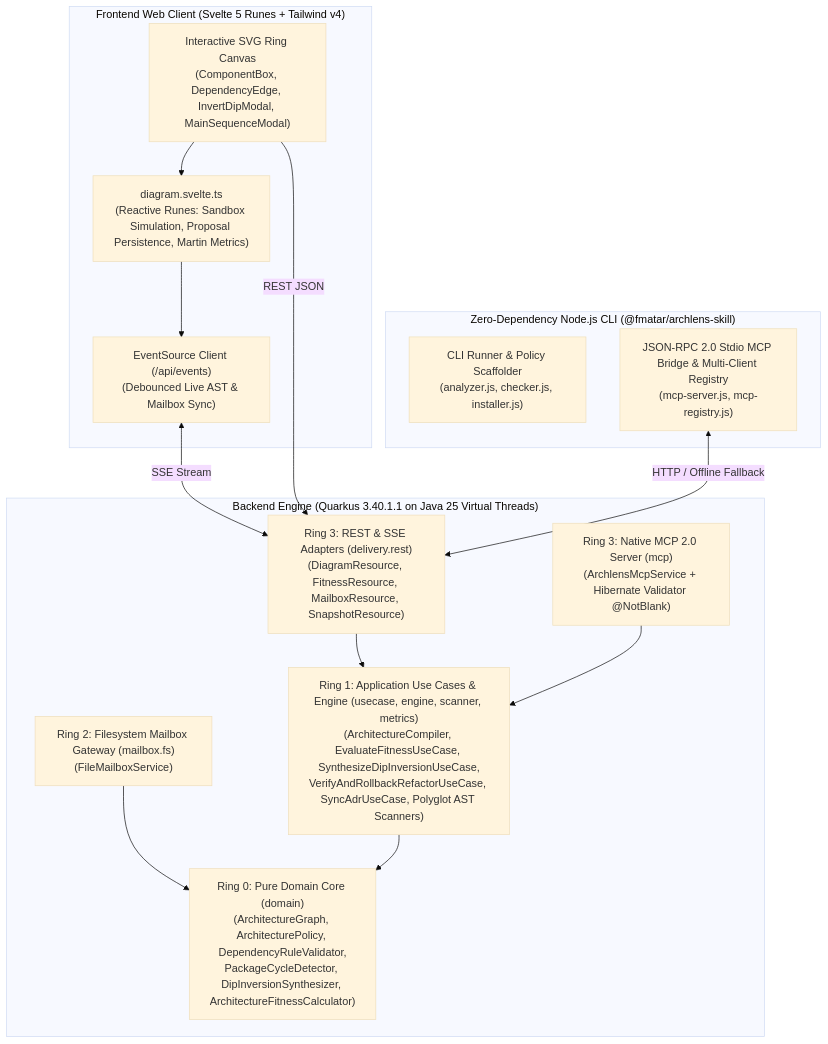
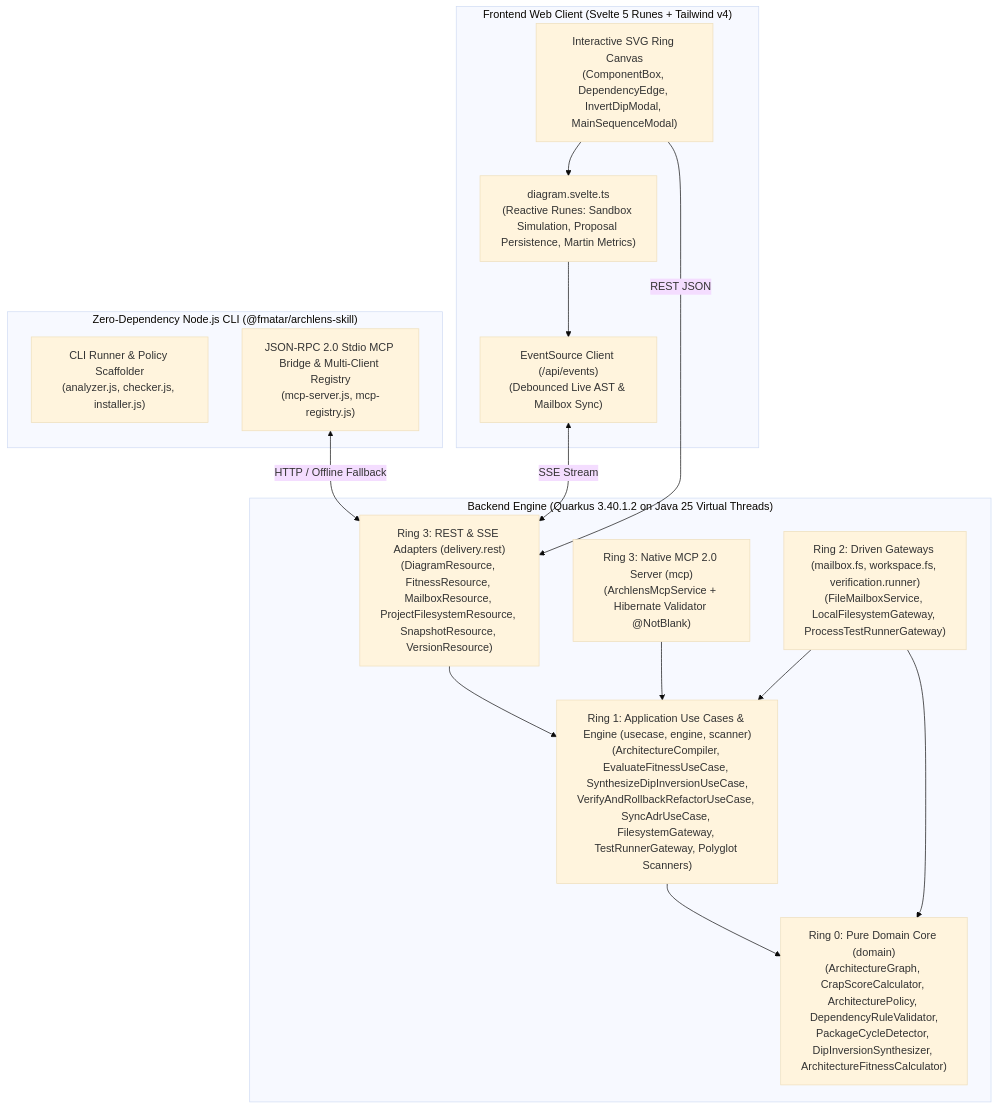
Before and after one commit to fmatar/archlens: the second of 2 diagrams in docs/specs/C4_ARCHITECTURE.md, drawn with Mermaid (base theme). The commit also changed other lines of this file and 199 other files, not shown here.

````diff
--- a/docs/specs/C4_ARCHITECTURE.md
+++ b/docs/specs/C4_ARCHITECTURE.md
@@ -31,31 +31,32 @@
 ```mermaid
 flowchart TD
     subgraph FrontendContainer ["Frontend Web Client (Svelte 5 Runes + Tailwind v4)"]
         UI["Interactive SVG Ring Canvas\n(ComponentBox, DependencyEdge, InvertDipModal, MainSequenceModal)"]
         State["diagram.svelte.ts\n(Reactive Runes: Sandbox Simulation, Proposal Persistence, Martin Metrics)"]
         SSEListener["EventSource Client (/api/events)\n(Debounced Live AST & Mailbox Sync)"]
     end
 
     subgraph CliContainer ["Zero-Dependency Node.js CLI (@fmatar/archlens-skill)"]
         CliBin["CLI Runner & Policy Scaffolder\n(analyzer.js, checker.js, installer.js)"]
         McpStdio["JSON-RPC 2.0 Stdio MCP Bridge & Multi-Client Registry\n(mcp-server.js, mcp-registry.js)"]
     end
 
-    subgraph BackendContainer ["Backend Engine (Quarkus 3.40.1.1 on Java 25 Virtual Threads)"]
-        RestDelivery["Ring 3: REST & SSE Adapters (delivery.rest)\n(DiagramResource, FitnessResource, MailboxResource, SnapshotResource)"]
+    subgraph BackendContainer ["Backend Engine (Quarkus 3.40.1.2 on Java 25 Virtual Threads)"]
+        RestDelivery["Ring 3: REST & SSE Adapters (delivery.rest)\n(DiagramResource, FitnessResource, MailboxResource, ProjectFilesystemResource, SnapshotResource, VersionResource)"]
         McpDelivery["Ring 3: Native MCP 2.0 Server (mcp)\n(ArchlensMcpService + Hibernate Validator @NotBlank)"]
-        MailboxAdapter["Ring 2: Filesystem Mailbox Gateway (mailbox.fs)\n(FileMailboxService)"]
-        UseCases["Ring 1: Application Use Cases & Engine (usecase, engine, scanner, metrics)\n(ArchitectureCompiler, EvaluateFitnessUseCase, SynthesizeDipInversionUseCase,\nVerifyAndRollbackRefactorUseCase, SyncAdrUseCase, Polyglot AST Scanners)"]
-        DomainCore["Ring 0: Pure Domain Core (domain)\n(ArchitectureGraph, ArchitecturePolicy, DependencyRuleValidator,\nPackageCycleDetector, DipInversionSynthesizer, ArchitectureFitnessCalculator)"]
+        DrivenAdapters["Ring 2: Driven Gateways (mailbox.fs, workspace.fs, verification.runner)\n(FileMailboxService, LocalFilesystemGateway, ProcessTestRunnerGateway)"]
+        UseCases["Ring 1: Application Use Cases & Engine (usecase, engine, scanner)\n(ArchitectureCompiler, EvaluateFitnessUseCase, SynthesizeDipInversionUseCase,\nVerifyAndRollbackRefactorUseCase, SyncAdrUseCase, FilesystemGateway, TestRunnerGateway, Polyglot Scanners)"]
+        DomainCore["Ring 0: Pure Domain Core (domain)\n(ArchitectureGraph, CrapScoreCalculator, ArchitecturePolicy, DependencyRuleValidator,\nPackageCycleDetector, DipInversionSynthesizer, ArchitectureFitnessCalculator)"]
     end
 
     UI --> State
     State --> SSEListener
     SSEListener <-->|SSE Stream| RestDelivery
     UI -->|REST JSON| RestDelivery
     McpStdio <-->|HTTP / Offline Fallback| RestDelivery
     RestDelivery --> UseCases
     McpDelivery --> UseCases
-    MailboxAdapter --> DomainCore
+    DrivenAdapters --> UseCases
+    DrivenAdapters --> DomainCore
     UseCases --> DomainCore
 ```
````
